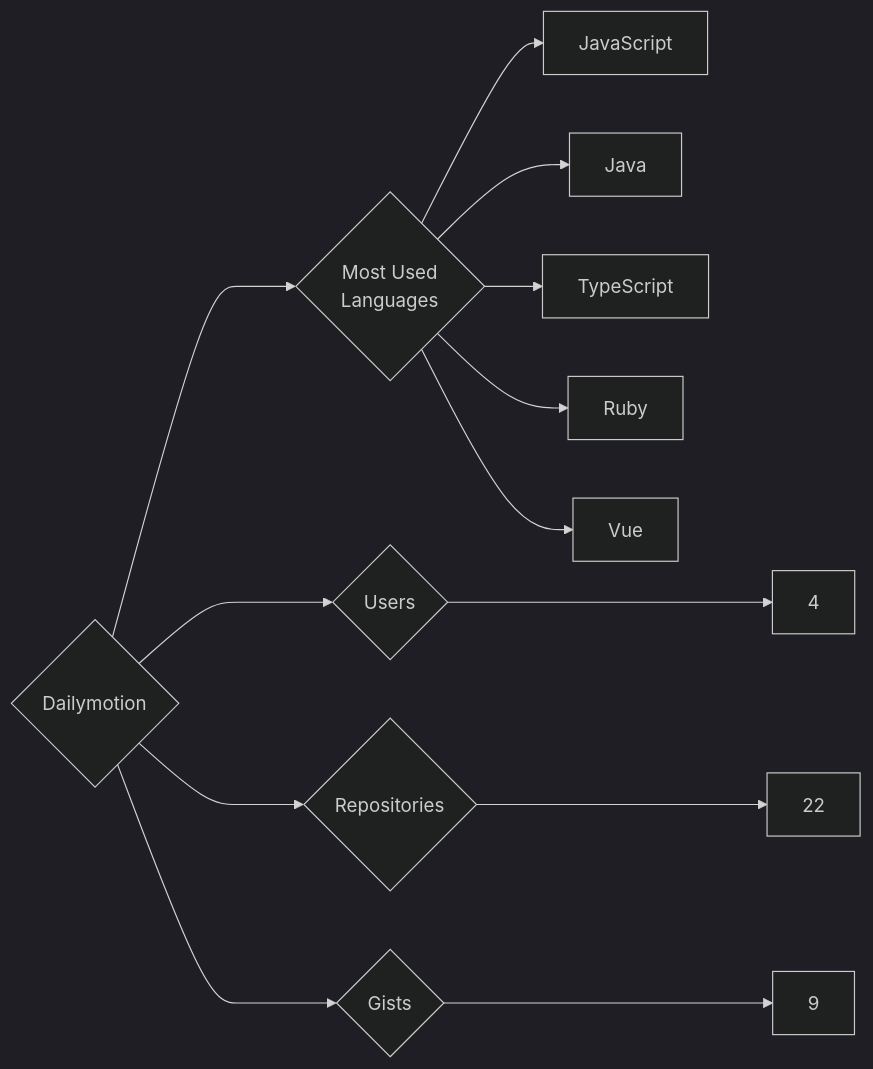
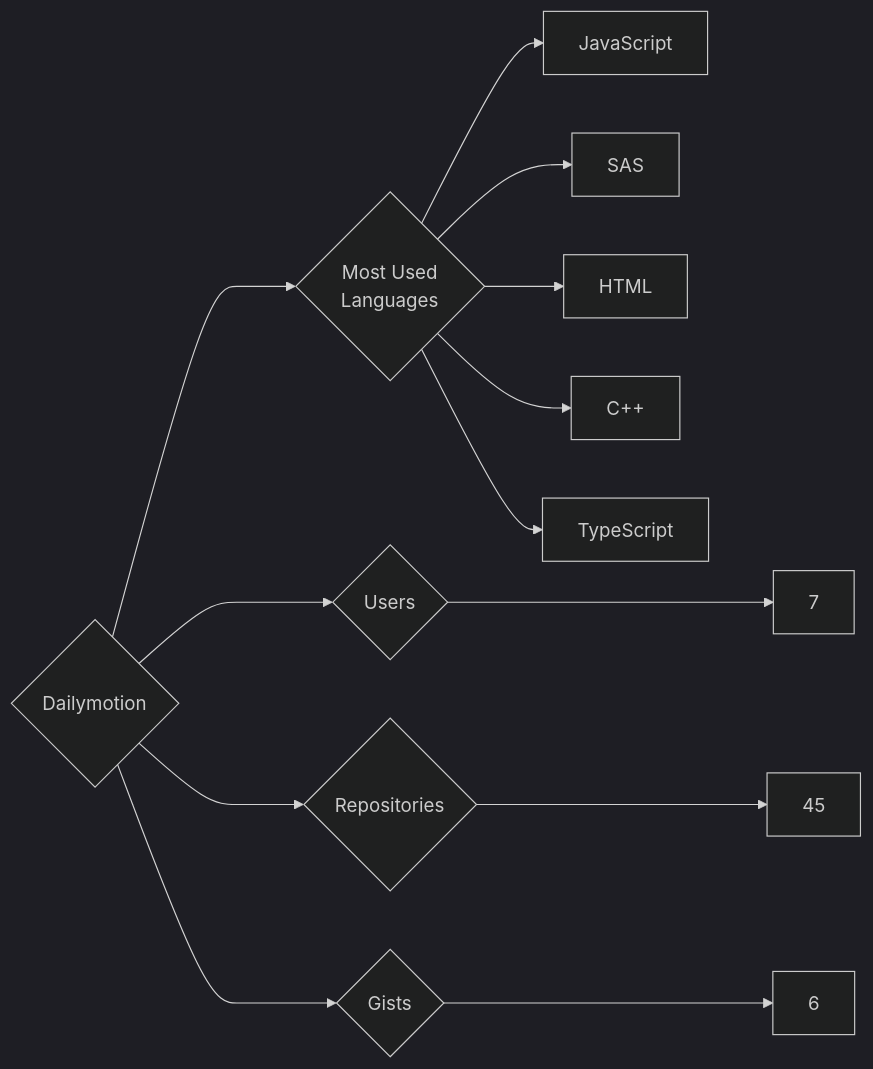
The diagram in targets/Dailymotion/README.md (trickest/insiders), drawn with Mermaid (dark theme) before and after one commit. The commit also changed 1166 other files, not shown here.

````diff
--- a/targets/Dailymotion/README.md
+++ b/targets/Dailymotion/README.md
@@ -3,13 +3,13 @@
 ```mermaid
 graph LR
 COMPANY_NAME{Dailymotion}
-COMPANY_NAME ---> U{Users} ---> UN[4]
-COMPANY_NAME ---> R{Repositories} ---> RN[22]
-COMPANY_NAME ---> G{Gists} ---> GN[9]
+COMPANY_NAME ---> U{Users} ---> UN[7]
+COMPANY_NAME ---> R{Repositories} ---> RN[45]
+COMPANY_NAME ---> G{Gists} ---> GN[6]
 COMPANY_NAME ---> ML{Most Used<br>Languages}
 ML --> JavaScript[JavaScript]
-ML --> Java[Java]
+ML --> SAS[SAS]
+ML --> HTML[HTML]
+ML --> C++[C++]
 ML --> TypeScript[TypeScript]
-ML --> Ruby[Ruby]
-ML --> Vue[Vue]
 ```
````
